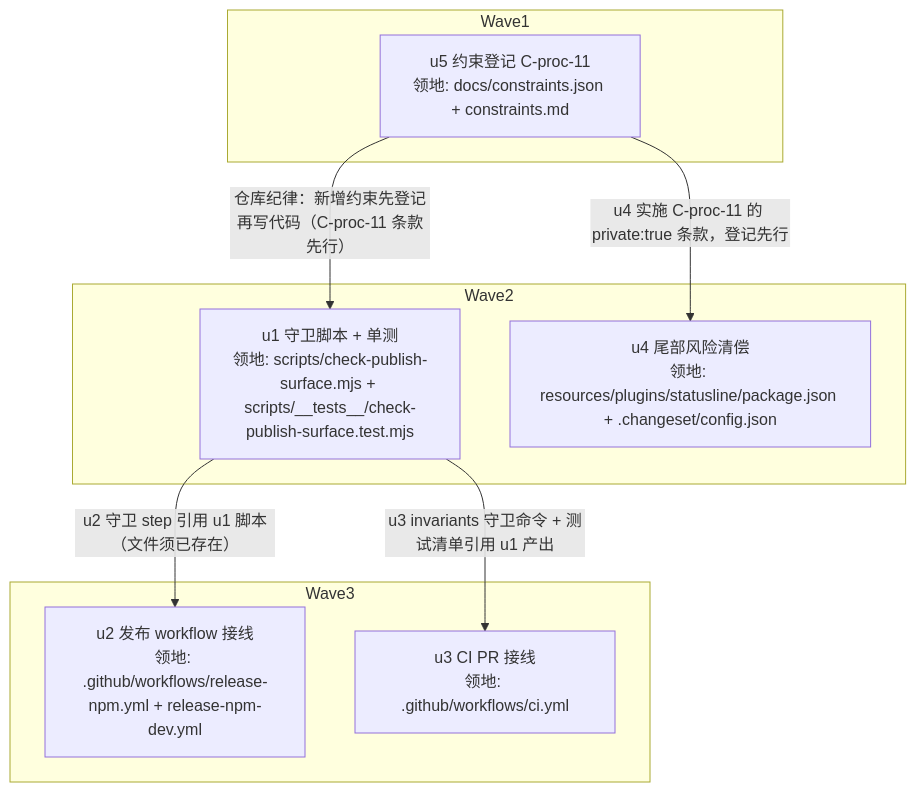
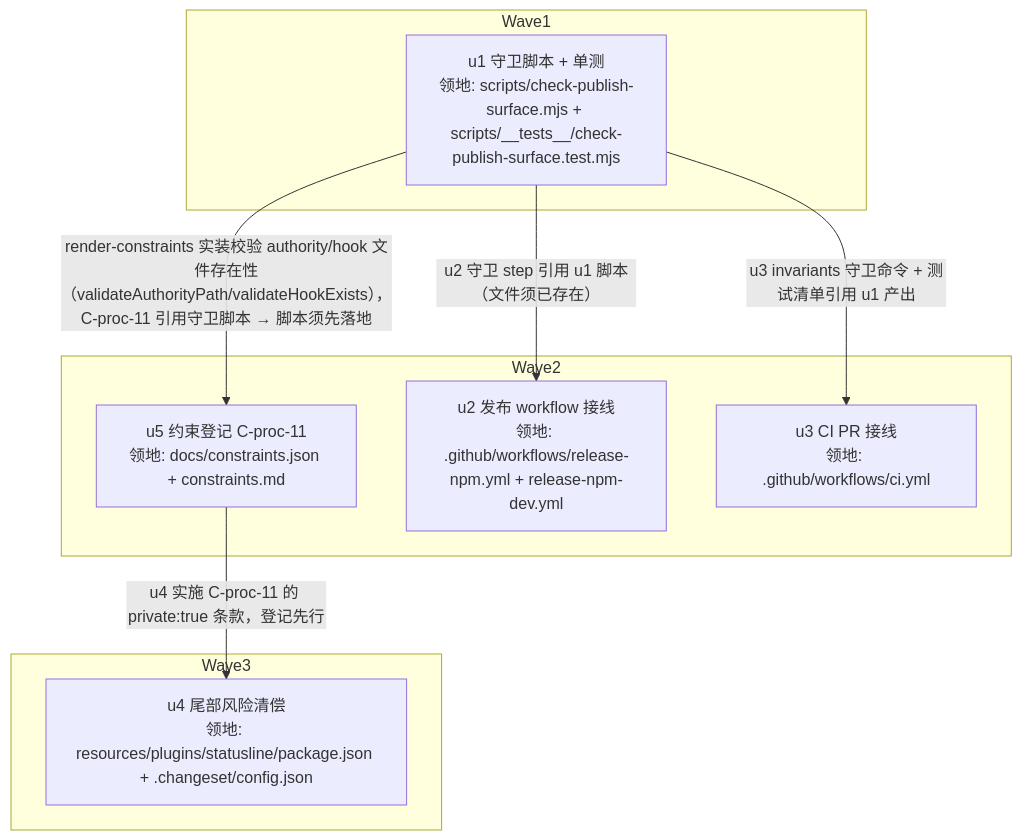
Before and after one commit to zhushanwen321/xyz-agent: the diagram in docs/design/npm-publish-surface-guard.impl-plan.md, drawn with Mermaid. The commit also changed other lines of this file and 1 other file, not shown here.

Commit message:
docs(design,impl-plan): reverse u5->u1 to u1->u5 - render-constraints validates hook existence (v5)

````diff
--- a/docs/design/npm-publish-surface-guard.impl-plan.md
+++ b/docs/design/npm-publish-surface-guard.impl-plan.md
@@ -38,18 +38,18 @@
 ```mermaid
 graph TD
   subgraph W1[Wave1]
-    U5["u5 约束登记 C-proc-11<br/>领地: docs/constraints.json + constraints.md"]
+    U1["u1 守卫脚本 + 单测<br/>领地: scripts/check-publish-surface.mjs + scripts/__tests__/check-publish-surface.test.mjs"]
   end
   subgraph W2[Wave2]
-    U1["u1 守卫脚本 + 单测<br/>领地: scripts/check-publish-surface.mjs + scripts/__tests__/check-publish-surface.test.mjs"]
-    U4["u4 尾部风险清偿<br/>领地: resources/plugins/statusline/package.json + .changeset/config.json"]
-  end
-  subgraph W3[Wave3]
+    U5["u5 约束登记 C-proc-11<br/>领地: docs/constraints.json + constraints.md"]
     U2["u2 发布 workflow 接线<br/>领地: .github/workflows/release-npm.yml + release-npm-dev.yml"]
     U3["u3 CI PR 接线<br/>领地: .github/workflows/ci.yml"]
   end
-  U5 -->|"仓库纪律：新增约束先登记再写代码（C-proc-11 条款先行）"| U1
-  U5 -->|"u4 实施 C-proc-11 的 private:true 条款，登记先行"| U4
+  subgraph W3[Wave3]
+    U4["u4 尾部风险清偿<br/>领地: resources/plugins/statusline/package.json + .changeset/config.json"]
+  end
+  U1 -->|"render-constraints 实装校验 authority/hook 文件存在性（validateAuthorityPath/validateHookExists），C-proc-11 引用守卫脚本 → 脚本须先落地"| U5
   U1 -->|"u2 守卫 step 引用 u1 脚本（文件须已存在）"| U2
   U1 -->|"u3 invariants 守卫命令 + 测试清单引用 u1 产出"| U3
+  U5 -->|"u4 实施 C-proc-11 的 private:true 条款，登记先行"| U4
 ```
````
